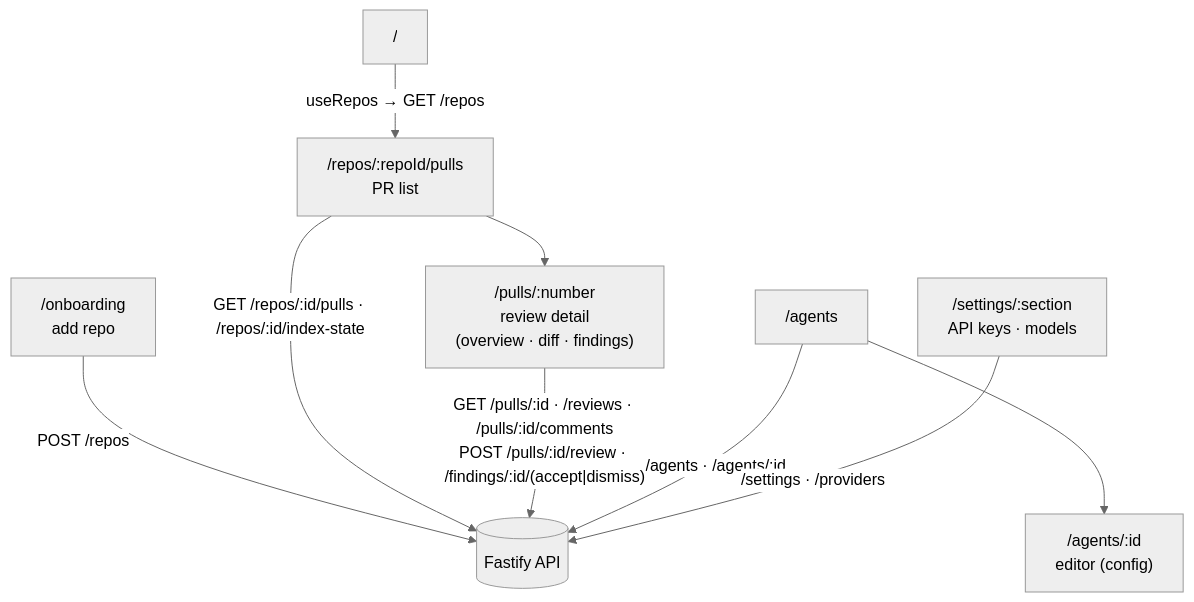
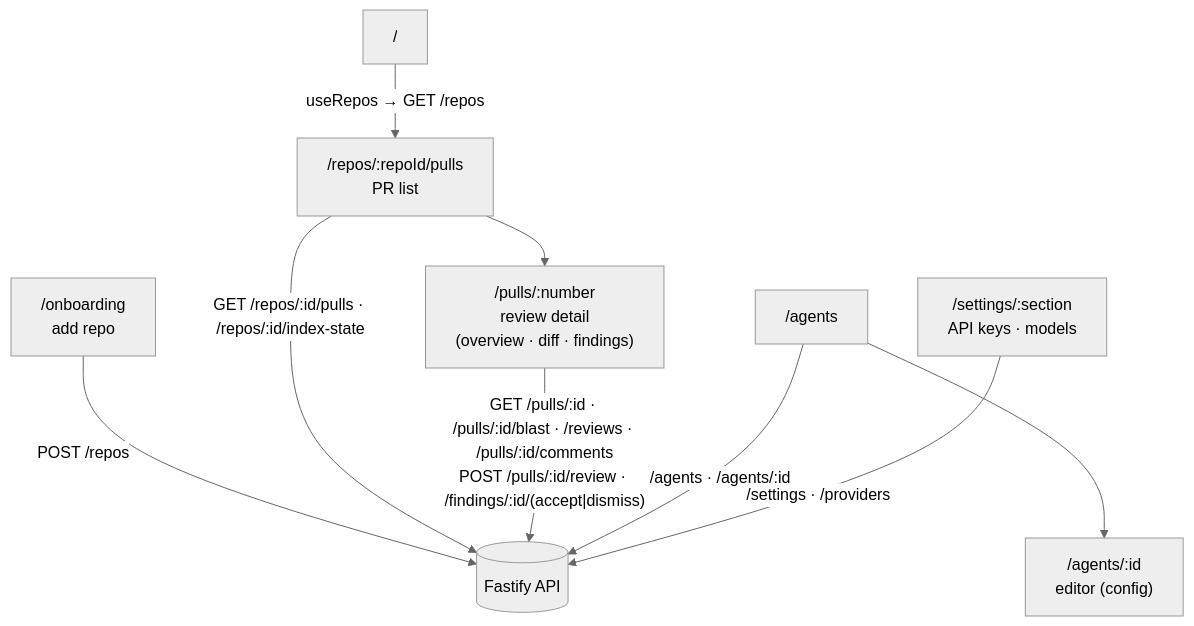
The diagram in client/README.md (tetiana-taranushchenko/dev-digest), drawn with Mermaid (neutral theme) before and after one commit. The commit also changed other lines of this file and 71 other files, not shown here.

````diff
--- a/client/README.md
+++ b/client/README.md
@@ -24,14 +24,14 @@
 ```mermaid
 flowchart TD
   ROOT["/"] -->|"useRepos → GET /repos"| PULLS["/repos/:repoId/pulls<br/>PR list"]
   ONB["/onboarding<br/>add repo"] -->|"POST /repos"| API[("Fastify API")]
   PULLS --> PR["/pulls/:number<br/>review detail<br/>(overview · diff · findings)"]
 
   AGENTS["/agents"] --> AGENT["/agents/:id<br/>editor (config)"]
   SETTINGS["/settings/:section<br/>API keys · models"]
 
   PULLS -->|"GET /repos/:id/pulls · /repos/:id/index-state"| API
-  PR -->|"GET /pulls/:id · /reviews · /pulls/:id/comments<br/>POST /pulls/:id/review · /findings/:id/(accept|dismiss)"| API
+  PR -->|"GET /pulls/:id · /pulls/:id/blast · /reviews · /pulls/:id/comments<br/>POST /pulls/:id/review · /findings/:id/(accept|dismiss)"| API
   AGENTS -->|"/agents · /agents/:id"| API
   SETTINGS -->|"/settings · /providers"| API
 ```
````
